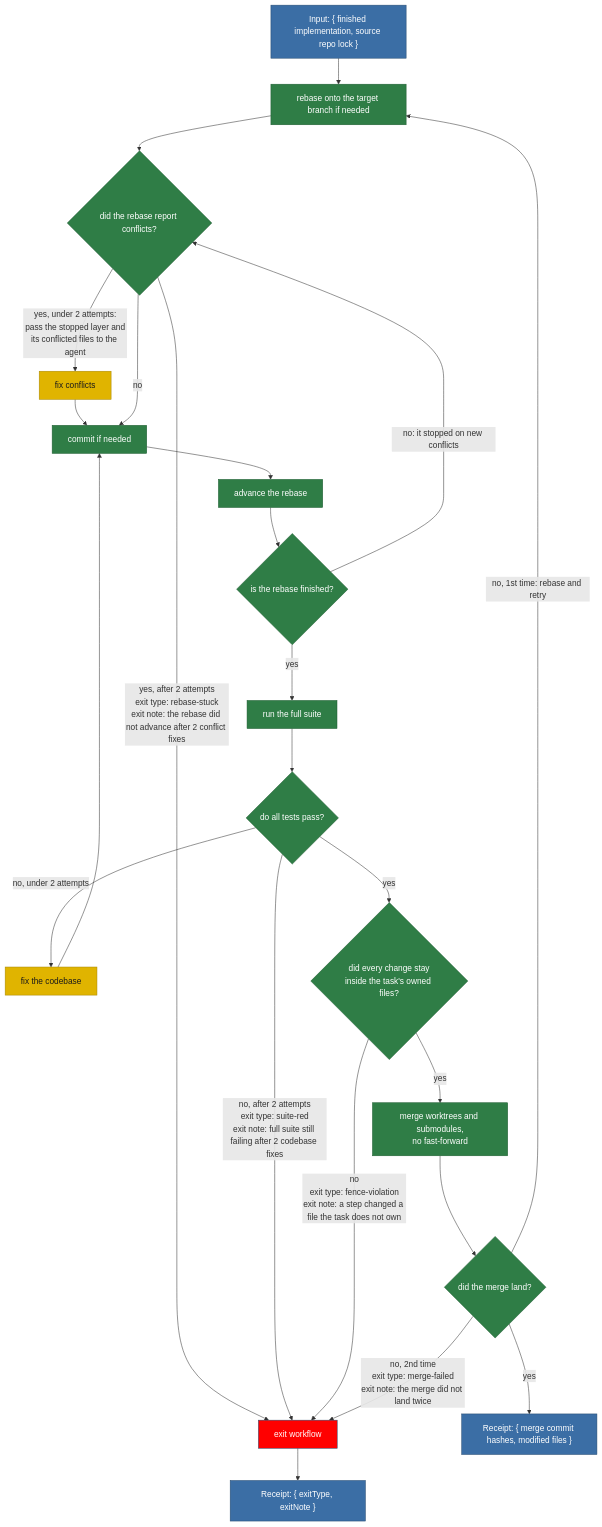
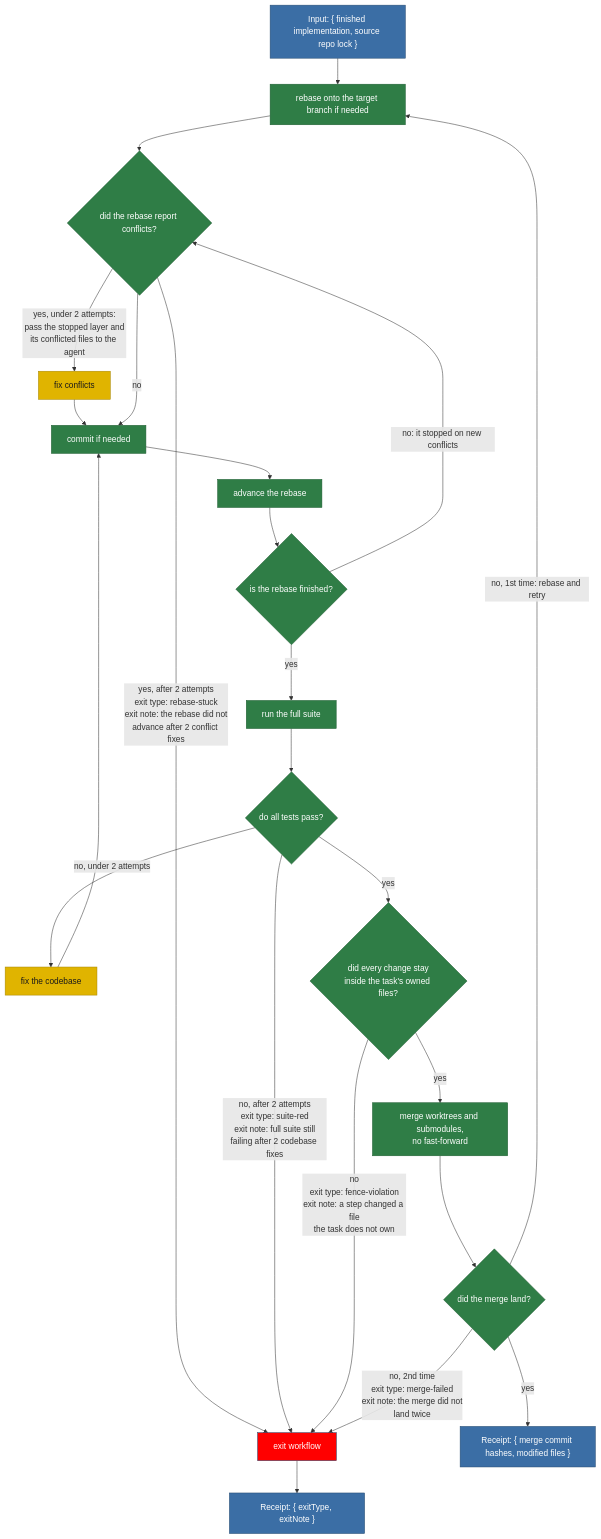
The diagram in plans/diagram/pipeline-rebaseMerge.mmd (matkatmusic/taskTools), drawn with Mermaid before and after one commit. The commit also changed 4 other files, not shown here.

Commit message:
switched back to dagre engine for pipeline diagrams

```diff
--- a/plans/diagram/pipeline-rebaseMerge.mmd
+++ b/plans/diagram/pipeline-rebaseMerge.mmd
@@ -1,86 +1,86 @@
 flowchart TB
 %% REBASE AND MERGE PIPELINE. Split from pipeline.mmd.
 %% Input: a finished implementation from the implement and test pipeline, with
 %% the source repo already locked by that pipeline's last box.
 %% Starts at "rebase onto the target branch if needed".
 %% Ends with a merge receipt, or with an exit.
 %% Rules that apply everywhere, not steps:
 %%   1. Every git interaction goes through a script. Never prose.
 %%   2. Every read and write of tasks.json is atomic.
 %%   3. "fix the codebase" edits source, not tests.
 %%   4. Never progress past a suite run until every test passes.
 %%   5. Every test loop runs commit the work -> test the work -> repair the work.
 %%      A repair is never tested until it is committed, so each loop re-enters at
 %%      its "commit if needed" box, never at the test box.
 %%   6. "commit if needed" commits nothing when the worktree is clean. Its message
 %%      is derived, not chosen: every commit here is a repair to code that made
 %%      tests fail, or a resolved conflict.
 %%   7. Every box that touches the working tree operates on every repository
 %%      layer, deepest submodule first, root last: commit, run tests, record
 %%      modified files, the fence check, rebase, advance and merge all walk the
 %%      same occurrence tree. Boxes that only read or write tasks.json do not.
 %%   8. The source repo lock is already held when this pipeline starts and stays
 %%      held until the exit workflow releases it. The rebase re-reads the source
 %%      tip after the lock is acquired. A merge retry re-enters at the rebase
 %%      box, not at the lock box: re-acquiring the same owner token is a no-op.
 %%      Every box here refreshes the lock's heartbeat, so a lock whose heartbeat
 %%      has gone cold is recoverable. A warm lock is waited on; a cold lock stops
 %%      the waiting run and prints the exact owner token. It can be removed only
 %%      by the explicit recoverSourceRepoLock.ts maintenance script with an exact
 %%      typed confirmation; the workflow never invokes recovery itself. Elapsed
 %%      time alone never authorizes takeover.
 %%   9. A script that fails operationally, as opposed to returning a verdict,
 %%      exits the run as run-failed. No step is retried after it has mutated
 %%      anything. The task is already active and a worktree already exists here,
 %%      so the exit workflow always runs in full.
 %%  10. A mutating box whose result is lost is never blindly retried and never
 %%      assumed failed. Each one, including a test box that records its result,
 %%      has a read-only reconciliation check that reads the world and decides
 %%      whether it already happened. A safe idempotent rerun happens only after
 %%      reconciliation proves it did not complete. Only an ambiguous loss is
 %%      run-failed.
 %% Exit types this pipeline can produce:
 %%   rebase-stuck       - the rebase did not advance after 2 conflict fixes
 %%   suite-red          - full suite still failing after 2 fix attempts
 %%   fence-violation    - a step changed a file the task does not own
 %%   merge-failed       - the merge did not land twice
 %%   run-failed         - a script failed operationally
 %% run-failed is deliberately not drawn as an edge. It can leave ANY green box,
 %% so drawing it would add one edge per box and hide the flow. Rule 9 is its
 %% specification: a non-zero exit from any script goes straight to the exit
 %% workflow with exit type run-failed and the script's stderr as the note.
 %% The merge receipt this pipeline emits - the merge commit hashes and the set of
 %% modified files - is the input to the exit workflow's success tail.
 
   INPUT["Input: { finished implementation, source repo lock }"] --> RBX
   RBX["rebase onto the target branch if needed"] --> QC{"did the rebase report conflicts?"}
   QC -- "yes, under 2 attempts:<br/>pass the stopped layer and<br/>its conflicted files to the agent" --> FIX["fix conflicts"]
   FIX --> CS
-  QC -- "yes, after 2 attempts<br/>exit type: rebase-stuck<br/>exit note: the rebase did not advance after 2 conflict fixes" --> EXITWF
+  QC -- "yes, after 2 attempts<br/>exit type: rebase-stuck<br/>exit note: the rebase did not<br/>advance after 2 conflict fixes" --> EXITWF
   QC -- no --> CS["commit if needed"]
   CS --> ADV["advance the rebase"]
   ADV --> QADV{"is the rebase finished?"}
   QADV -- "no: it stopped on new conflicts" --> QC
   QADV -- yes --> FULL["run the full suite"]
   FULL --> QF{"do all tests pass?"}
   QF -- "no, under 2 attempts" --> FIXC["fix the codebase"]
   FIXC --> CS
-  QF -- "no, after 2 attempts<br/>exit type: suite-red<br/>exit note: full suite still failing after 2 codebase fixes" --> EXITWF
+  QF -- "no, after 2 attempts<br/>exit type: suite-red<br/>exit note: full suite still<br/>failing after 2 codebase fixes" --> EXITWF
   QF -- yes --> QFENCE{"did every change stay<br/>inside the task's owned files?"}
-  QFENCE -- "no<br/>exit type: fence-violation<br/>exit note: a step changed a file the task does not own" --> EXITWF
+  QFENCE -- "no<br/>exit type: fence-violation<br/>exit note: a step changed a file<br/>the task does not own" --> EXITWF
   QFENCE -- yes --> B["merge worktrees and submodules,<br/>no fast-forward"]
   B --> Q4{"did the merge land?"}
   Q4 -- "no, 1st time: rebase and retry" --> RBX
-  Q4 -- "no, 2nd time<br/>exit type: merge-failed<br/>exit note: the merge did not land twice" --> EXITWF
+  Q4 -- "no, 2nd time<br/>exit type: merge-failed<br/>exit note: the merge did not<br/>land twice" --> EXITWF
   Q4 -- yes --> RECEIPT["Receipt: { merge commit hashes, modified files }"]
 
   EXITWF["exit workflow"] --> FAIL_RECEIPT["Receipt: { exitType, exitNote }"]
 
   classDef script fill:#2f7d46,stroke:#1e5c31,color:#ffffff
   classDef prose fill:#e0b400,stroke:#a88600,color:#1a1a1a
   classDef output fill:#3b6ea5,stroke:#254a70,color:#ffffff
   classDef fail fill:red,stroke:#254a70,color:#ffffff
   class RBX,QC,CS,ADV,QADV,FULL,QF,QFENCE,B,Q4 script
   class FIX,FIXC prose
   class EXITWF fail
   class INPUT,RECEIPT,FAIL_RECEIPT output
```
